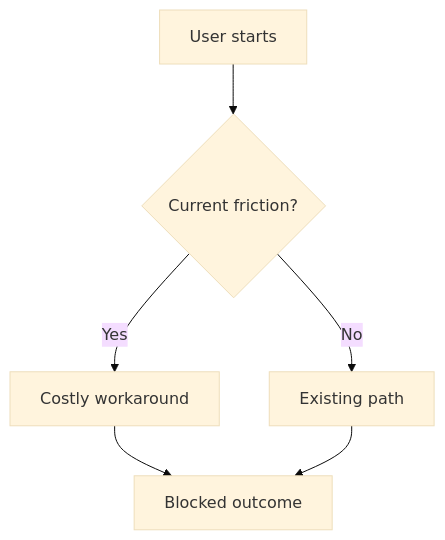
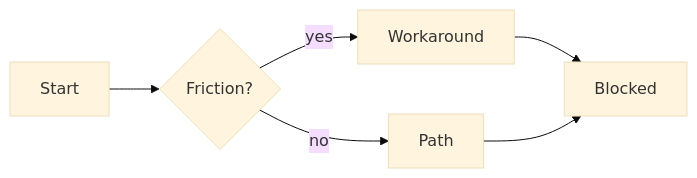
The first of 2 diagrams in templates/docs/prd.md (geraldmaron/construct), drawn with Mermaid (base theme) before and after one commit. The commit also changed other lines of this file and 149 other files, not shown here.

````diff
--- a/templates/docs/prd.md
+++ b/templates/docs/prd.md
@@ -50,8 +84,8 @@
 ```mermaid
-flowchart TD
-  A[User starts] --> B{Current friction?}
-  B -->|Yes| C[Costly workaround]
-  B -->|No| D[Existing path]
-  C --> E[Blocked outcome]
+flowchart LR
+  A[Start] --> B{Friction?}
+  B -->|yes| C[Workaround]
+  B -->|no| D[Path]
+  C --> E[Blocked]
   D --> E
 ```
````
